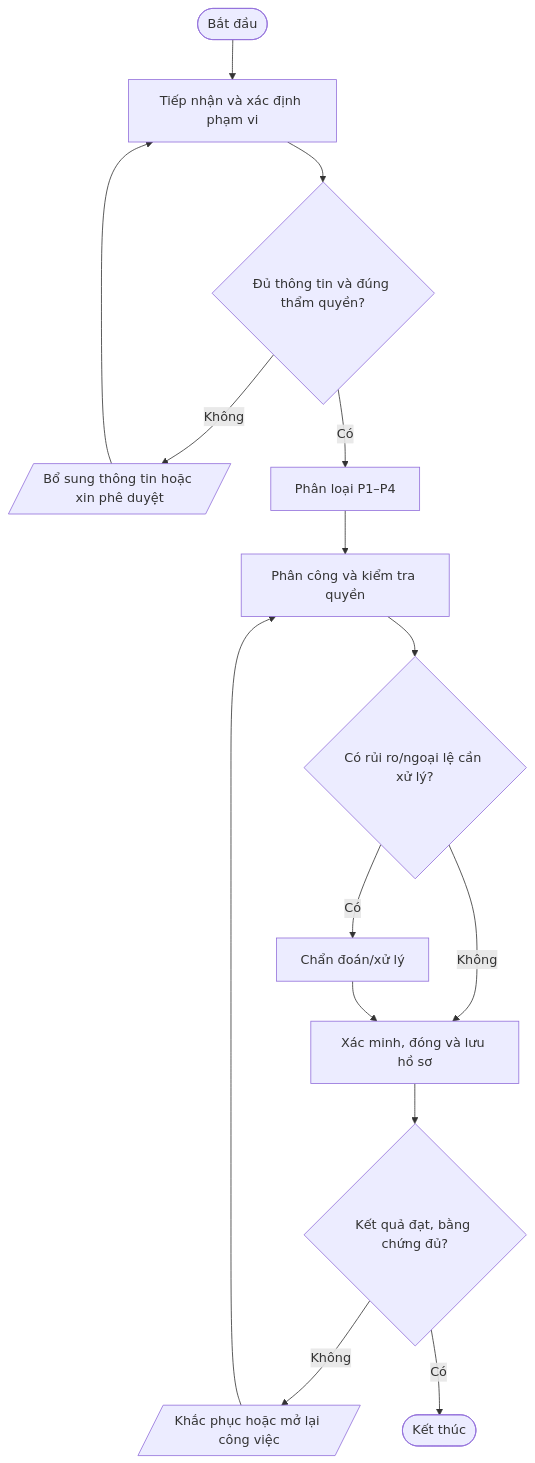
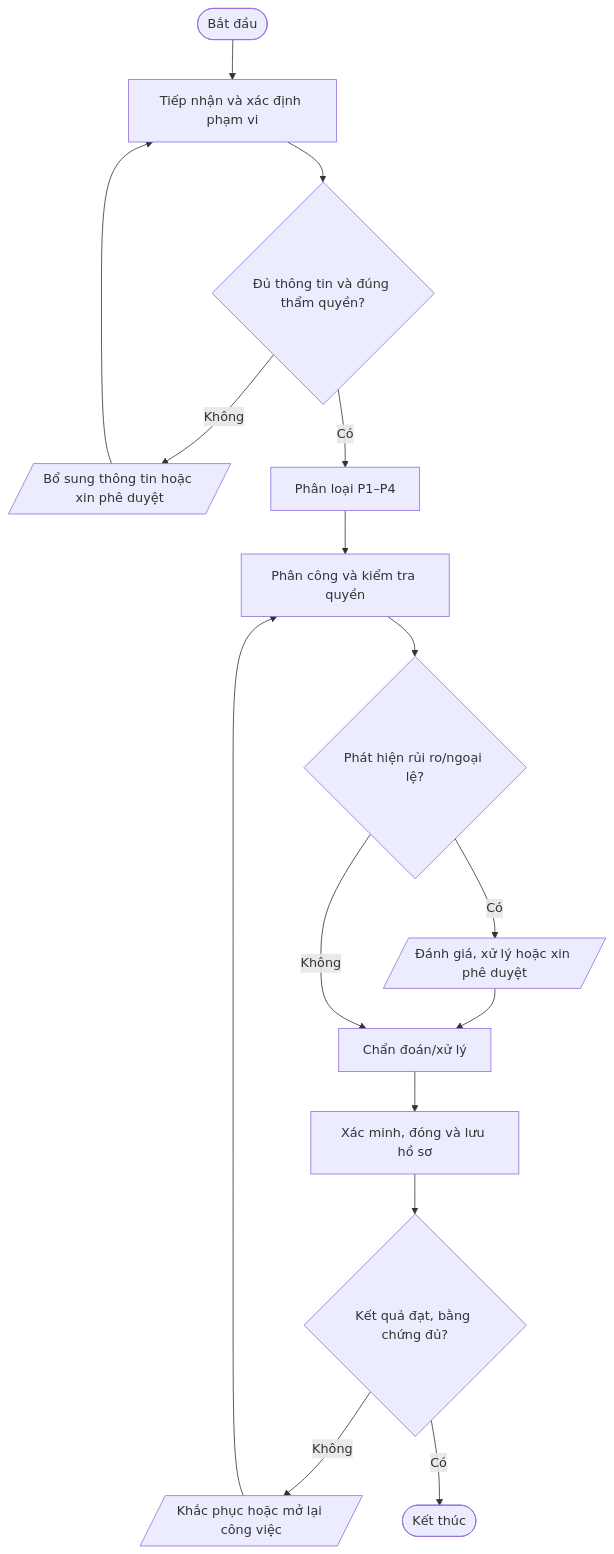
Before and after one commit to daoaigiangnam/Quy_Trinh_Chuan: the second of 9 diagrams in quy-trinh/02-Van-hanh-IT/README.md, drawn with Mermaid. The commit also changed other lines of this file, not shown here.

Commit message:
docs: correct procedure flowchart decision paths

````diff
--- a/quy-trinh/02-Van-hanh-IT/README.md
+++ b/quy-trinh/02-Van-hanh-IT/README.md
@@ -143,17 +144,18 @@
 ```mermaid
 flowchart TD
   A([Bắt đầu]) --> S1["Tiếp nhận và xác định phạm vi"]
   S1 --> D1{"Đủ thông tin và đúng thẩm quyền?"}
   D1 -- Không --> F1[/"Bổ sung thông tin hoặc xin phê duyệt"/]
   F1 --> S1
   D1 -- Có --> S2["Phân loại P1–P4"]
   S2 --> S3["Phân công và kiểm tra quyền"]
-  S3 --> D2{"Có rủi ro/ngoại lệ cần xử lý?"}
-  D2 -- Có --> S4["Chẩn đoán/xử lý"]
-  D2 -- Không --> S5["Xác minh, đóng và lưu hồ sơ"]
-  S4 --> S5
+  S3 --> D2{"Phát hiện rủi ro/ngoại lệ?"}
+  D2 -- Có --> RISK[/"Đánh giá, xử lý hoặc xin phê duyệt"/]
+  RISK --> S4["Chẩn đoán/xử lý"]
+  D2 -- Không --> S4
+  S4 --> S5["Xác minh, đóng và lưu hồ sơ"]
   S5 --> D3{"Kết quả đạt, bằng chứng đủ?"}
   D3 -- Không --> R[/"Khắc phục hoặc mở lại công việc"/]
   R --> S3
   D3 -- Có --> Z([Kết thúc])
 ```
````
